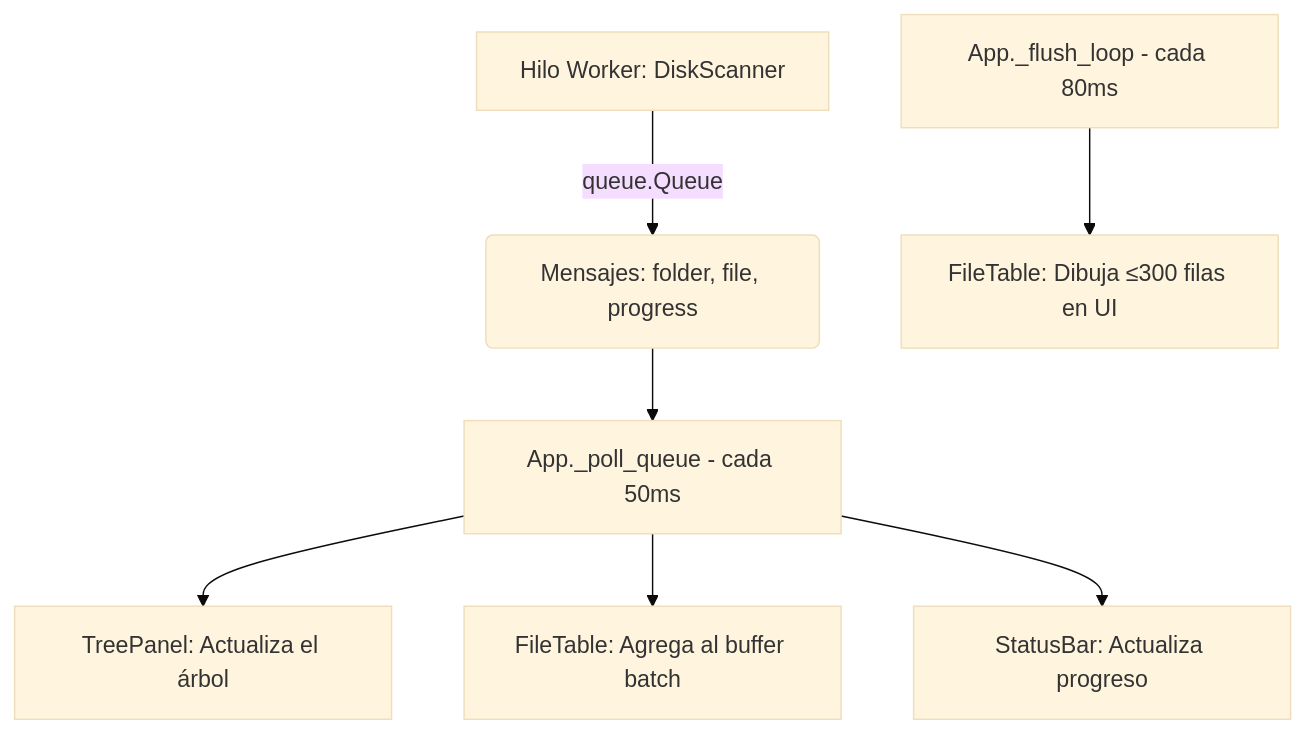
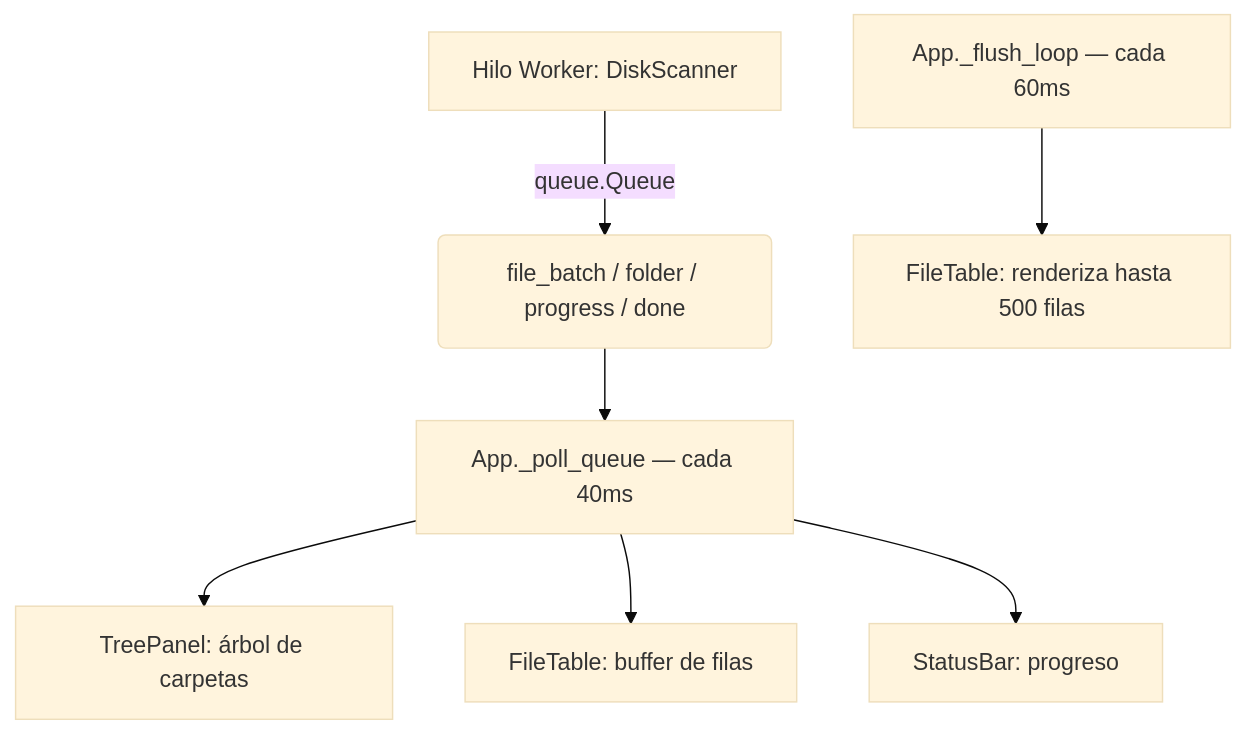
The diagram in README.md (Lizzen/disk_analyzer), drawn with Mermaid (base theme) before and after one commit. The commit also changed other lines of this file and 17 other files, not shown here.

````diff
--- a/README.md
+++ b/README.md
@@ -89,9 +139,9 @@
 ```mermaid
 graph TD
-    A[Hilo Worker: DiskScanner] -->|queue.Queue| B(Mensajes: folder, file, progress)
-    B --> C[App._poll_queue - cada 50ms]
-    C --> D[TreePanel: Actualiza el árbol]
-    C --> E[FileTable: Agrega al buffer batch]
-    C --> F[StatusBar: Actualiza progreso]
-    G[App._flush_loop - cada 80ms] --> H[FileTable: Dibuja ≤300 filas en UI]
+    A[Hilo Worker: DiskScanner] -->|queue.Queue| B(file_batch / folder / progress / done)
+    B --> C[App._poll_queue — cada 40ms]
+    C --> D[TreePanel: árbol de carpetas]
+    C --> E[FileTable: buffer de filas]
+    C --> F[StatusBar: progreso]
+    G[App._flush_loop — cada 60ms] --> H[FileTable: renderiza hasta 500 filas]
 ```
````
